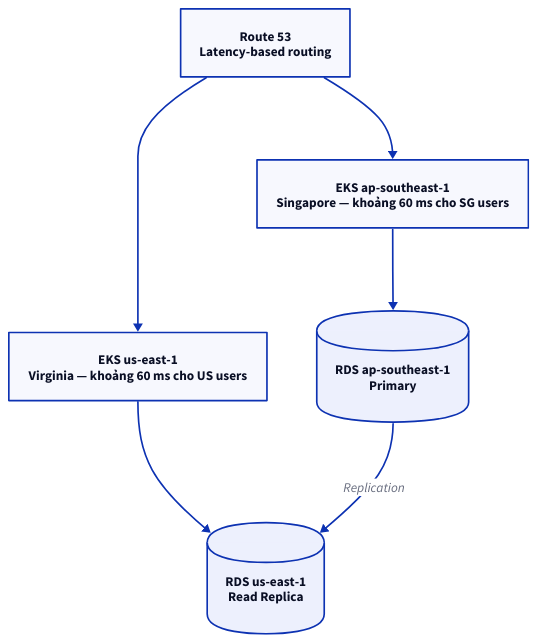
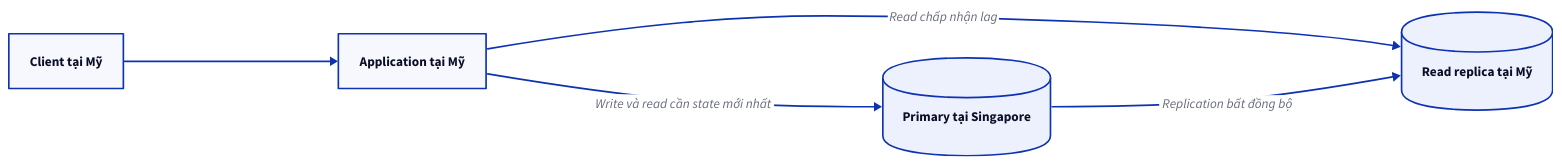
The second of 2 diagrams in content/docs/system-design/02-geo-latency-60ms-vs-6s.mdx (vanhiep99w/interview-question), drawn with D2 before and after one commit. The commit also changed other lines of this file and 26 other files, not shown here.

````diff
--- a/content/docs/system-design/02-geo-latency-60ms-vs-6s.mdx
+++ b/content/docs/system-design/02-geo-latency-60ms-vs-6s.mdx
@@ -236,13 +163,11 @@
-```d2 title="Multi-region origin và read replica"
-direction: down
-dns: "Route 53\nLatency-based routing"
-sg: "EKS ap-southeast-1\nSingapore — khoảng 60 ms cho SG users"
-us: "EKS us-east-1\nVirginia — khoảng 60 ms cho US users"
-primary: "RDS ap-southeast-1\nPrimary" {shape: cylinder}
-replica: "RDS us-east-1\nRead Replica" {shape: cylinder}
-dns -> sg
-dns -> us
-sg -> primary
-us -> replica
-primary -> replica: "Replication"
+```d2 title="Đưa read gần người dùng nhưng giữ write boundary rõ" interactive=false
+direction: right
+user: "Client tại Mỹ"
+app: "Application tại Mỹ"
+replica: "Read replica tại Mỹ" {shape: cylinder}
+primary: "Primary tại Singapore" {shape: cylinder}
+user -> app
+app -> replica: "Read chấp nhận lag"
+app -> primary: "Write và read cần state mới nhất"
+primary -> replica: "Replication bất đồng bộ"
 ```
````
